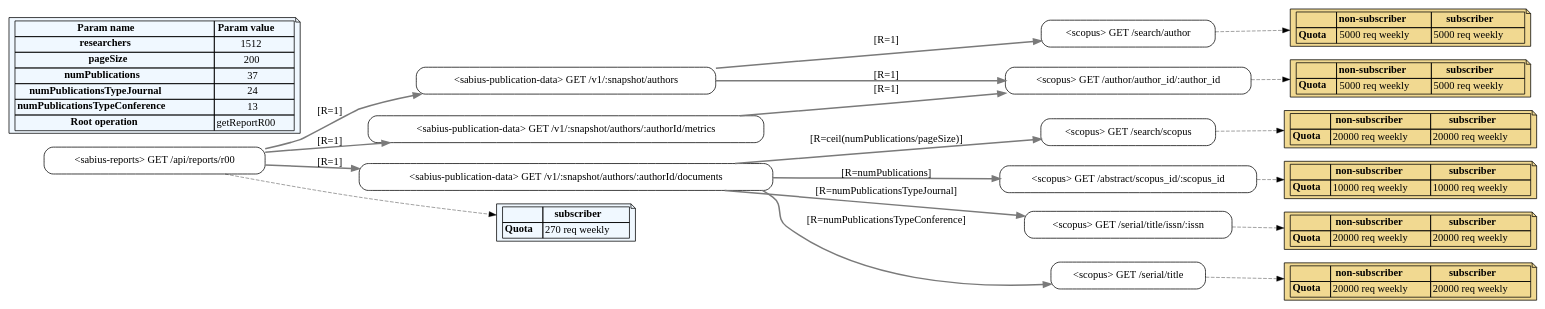
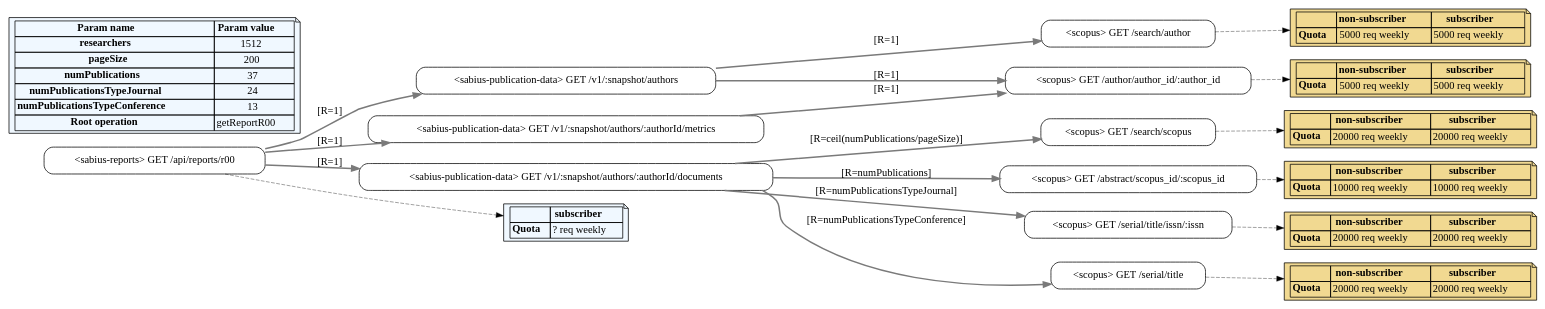
One commit to isa-group/governify-electra changed the diagram in src/backend/output/mapping-complex/mapping-complex.dot. Above: the diagram before and after it, drawn with Graphviz. The commit also changed 9 other files, not shown here.

```diff
--- a/src/backend/output/mapping-complex/mapping-complex.dot
+++ b/src/backend/output/mapping-complex/mapping-complex.dot
@@ -1,183 +1,183 @@
 digraph restalk { 
 
  rankdir=LR;
 
 
 
 subgraph "scopus" {
 node [shape=box]
 node [ style=rounded, shape=box, label = "<scopus> GET /search/author" ] "AuthorSearch"
 limits_AuthorSearch [shape=note, style=filled, fillcolor="#F1D991" label=<
 <table border="0" cellborder="1" cellpadding="2" cellspacing="0">
 <tr>
 <td></td>
 <td><b>non-subscriber</b></td>
 <td><b>subscriber</b></td>
 </tr>
 <tr>
 <td><b>Quota</b></td>
 <td>5000 req weekly</td>
 <td>5000 req weekly</td>
 </tr>
 
 </table>
 >];
 AuthorSearch -> limits_AuthorSearch[ style=dashed, color=black, penwidth=0.5 ];
 node [ style=rounded, shape=box, label = "<scopus> GET /author/author_id/:author_id" ] "AuthorRetrievalid"
 limits_AuthorRetrievalid [shape=note, style=filled, fillcolor="#F1D991" label=<
 <table border="0" cellborder="1" cellpadding="2" cellspacing="0">
 <tr>
 <td></td>
 <td><b>non-subscriber</b></td>
 <td><b>subscriber</b></td>
 </tr>
 <tr>
 <td><b>Quota</b></td>
 <td>5000 req weekly</td>
 <td>5000 req weekly</td>
 </tr>
 
 </table>
 >];
 AuthorRetrievalid -> limits_AuthorRetrievalid[ style=dashed, color=black, penwidth=0.5 ];
 node [ style=rounded, shape=box, label = "<scopus> GET /search/scopus" ] "ScopusSearch"
 limits_ScopusSearch [shape=note, style=filled, fillcolor="#F1D991" label=<
 <table border="0" cellborder="1" cellpadding="2" cellspacing="0">
 <tr>
 <td></td>
 <td><b>non-subscriber</b></td>
 <td><b>subscriber</b></td>
 </tr>
 <tr>
 <td><b>Quota</b></td>
 <td>20000 req weekly</td>
 <td>20000 req weekly</td>
 </tr>
 
 </table>
 >];
 ScopusSearch -> limits_ScopusSearch[ style=dashed, color=black, penwidth=0.5 ];
 node [ style=rounded, shape=box, label = "<scopus> GET /abstract/scopus_id/:scopus_id" ] "AbstractRetrieval4"
 limits_AbstractRetrieval4 [shape=note, style=filled, fillcolor="#F1D991" label=<
 <table border="0" cellborder="1" cellpadding="2" cellspacing="0">
 <tr>
 <td></td>
 <td><b>non-subscriber</b></td>
 <td><b>subscriber</b></td>
 </tr>
 <tr>
 <td><b>Quota</b></td>
 <td>10000 req weekly</td>
 <td>10000 req weekly</td>
 </tr>
 
 </table>
 >];
 AbstractRetrieval4 -> limits_AbstractRetrieval4[ style=dashed, color=black, penwidth=0.5 ];
 node [ style=rounded, shape=box, label = "<scopus> GET /serial/title/issn/:issn" ] "SerialTitleMetadata"
 limits_SerialTitleMetadata [shape=note, style=filled, fillcolor="#F1D991" label=<
 <table border="0" cellborder="1" cellpadding="2" cellspacing="0">
 <tr>
 <td></td>
 <td><b>non-subscriber</b></td>
 <td><b>subscriber</b></td>
 </tr>
 <tr>
 <td><b>Quota</b></td>
 <td>20000 req weekly</td>
 <td>20000 req weekly</td>
 </tr>
 
 </table>
 >];
 SerialTitleMetadata -> limits_SerialTitleMetadata[ style=dashed, color=black, penwidth=0.5 ];
 node [ style=rounded, shape=box, label = "<scopus> GET /serial/title" ] "SerialTitleSearch"
 limits_SerialTitleSearch [shape=note, style=filled, fillcolor="#F1D991" label=<
 <table border="0" cellborder="1" cellpadding="2" cellspacing="0">
 <tr>
 <td></td>
 <td><b>non-subscriber</b></td>
 <td><b>subscriber</b></td>
 </tr>
 <tr>
 <td><b>Quota</b></td>
 <td>20000 req weekly</td>
 <td>20000 req weekly</td>
 </tr>
 
 </table>
 >];
 SerialTitleSearch -> limits_SerialTitleSearch[ style=dashed, color=black, penwidth=0.5 ];
 }
 
 
 
 subgraph "sabius-publication-data" {
 node [shape=box]
 node [ style=rounded, shape=box, label = "<sabius-publication-data> GET /v1/:snapshot/authors" ] "getAuthor"
 node [ style=rounded, shape=box, label = "<sabius-publication-data> GET /v1/:snapshot/authors/:authorId/metrics" ] "getAuthorMetrics"
 node [ style=rounded, shape=box, label = "<sabius-publication-data> GET /v1/:snapshot/authors/:authorId/documents" ] "getDocumentsByAuthor"
 }
 
 
 
 subgraph "sabius-reports" {
 node [shape=box]
 node [ style=rounded, shape=box, label = "<sabius-reports> GET /api/reports/r00" ] "getReportR00"
 limits_getReportR00 [shape=note, style=filled, fillcolor="#F0F8FF" label=<
 <table border="0" cellborder="1" cellpadding="2" cellspacing="0">
 <tr>
 <td></td>
 <td><b>subscriber</b></td>
 </tr>
 <tr>
 <td><b>Quota</b></td>
-<td>270 req weekly</td>
+<td>? req weekly</td>
 </tr>
 
 </table>
 >];
 getReportR00 -> limits_getReportR00[ style=dashed, color=black, penwidth=0.5 ];
 }
 
 params [shape=note, style=filled, fillcolor="#F0F8FF" label=<
 <table border="0" cellborder="1" cellpadding="2" cellspacing="0">
 <tr>
 <td><b>Param name</b></td><td><b>Param value</b></td>
 </tr>
 <tr>
 <td><b>researchers</b></td>
 <td>1512</td>
 </tr>
 <tr>
 <td><b>pageSize</b></td>
 <td>200</td>
 </tr>
 <tr>
 <td><b>numPublications</b></td>
 <td>37</td>
 </tr>
 <tr>
 <td><b>numPublicationsTypeJournal</b></td>
 <td>24</td>
 </tr>
 <tr>
 <td><b>numPublicationsTypeConference</b></td>
 <td>13</td>
 </tr>
 <tr><td><b>Root operation</b></td><td>getReportR00</td></tr>
 </table>
 >];
 getReportR00 -> getAuthor [ color="#7a7a7a", penwidth=2.0, label="[R=1]" ];
 getReportR00 -> getAuthorMetrics [ color="#7a7a7a", penwidth=2.0, label="[R=1]" ];
 getReportR00 -> getDocumentsByAuthor [ color="#7a7a7a", penwidth=2.0, label="[R=1]" ];
 getAuthor -> AuthorSearch [ color="#7a7a7a", penwidth=2.0, label="[R=1]" ];
 getAuthor -> AuthorRetrievalid [ color="#7a7a7a", penwidth=2.0, label="[R=1]" ];
 getAuthorMetrics -> AuthorRetrievalid [ color="#7a7a7a", penwidth=2.0, label="[R=1]" ];
 getDocumentsByAuthor -> ScopusSearch [ color="#7a7a7a", penwidth=2.0, label="[R=ceil(numPublications/pageSize)]" ];
 getDocumentsByAuthor -> AbstractRetrieval4 [ color="#7a7a7a", penwidth=2.0, label="[R=numPublications]" ];
 getDocumentsByAuthor -> SerialTitleMetadata [ color="#7a7a7a", penwidth=2.0, label="[R=numPublicationsTypeJournal]" ];
 getDocumentsByAuthor -> SerialTitleSearch [ color="#7a7a7a", penwidth=2.0, label="[R=numPublicationsTypeConference]" ];
 
 
 }
```
